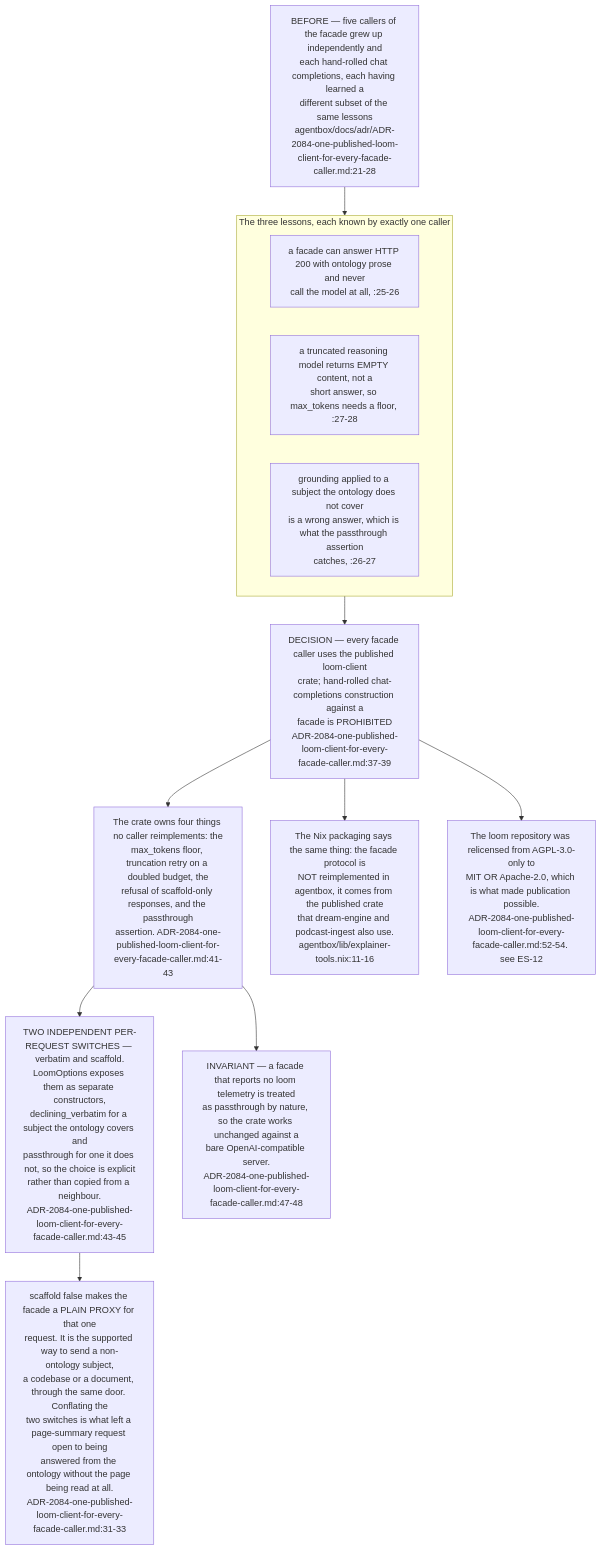
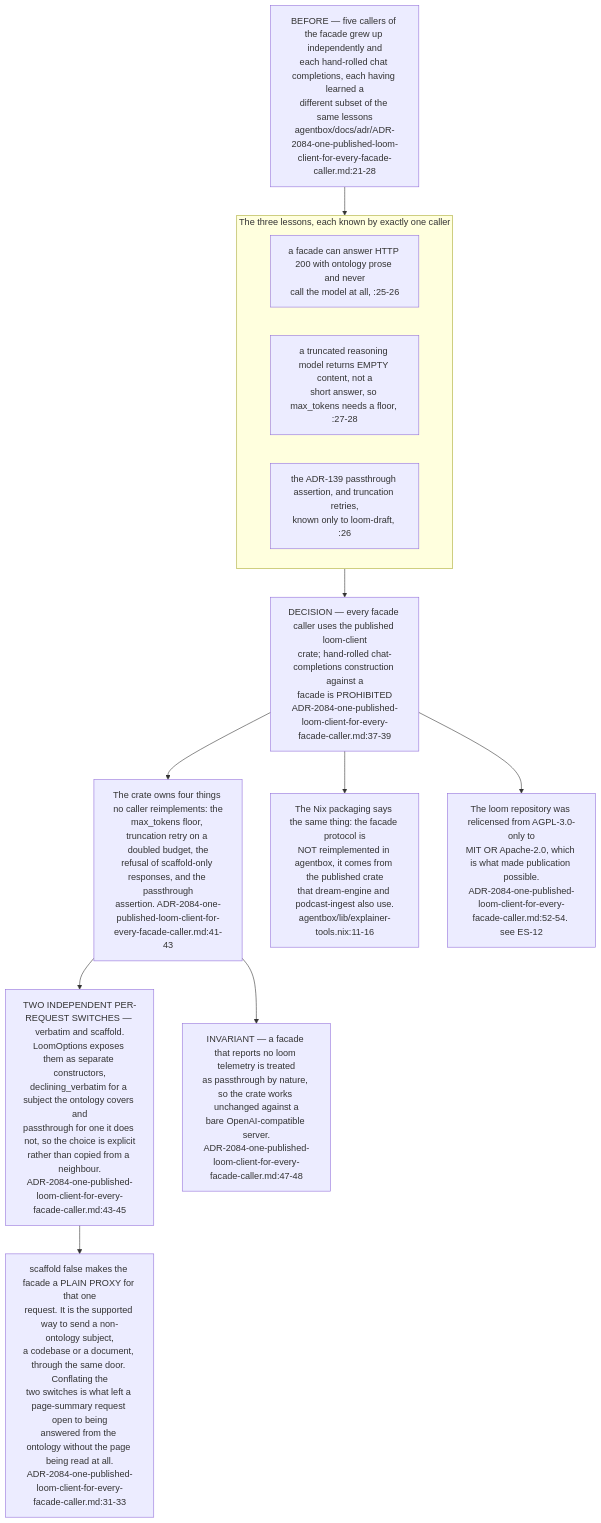
Before and after one commit to DreamLab-AI/VisionFlow: diagram 11 of 11 in docs/diagrams/estate/06-loom-and-email-privacy-path.md, drawn with Mermaid. The commit also changed other lines of this file and 91 other files, not shown here.

````diff
--- a/docs/diagrams/estate/06-loom-and-email-privacy-path.md
+++ b/docs/diagrams/estate/06-loom-and-email-privacy-path.md
@@ -388,32 +393,32 @@
 ```mermaid
 flowchart TB
     BEFORE["BEFORE — five callers of the facade grew up independently and<br/>each hand-rolled chat completions, each having learned a<br/>different subset of the same lessons<br/>agentbox/docs/adr/ADR-2084-one-published-loom-client-for-every-facade-caller.md:21-28"]
 
     subgraph LESSONS["The three lessons, each known by exactly one caller"]
         L1["a facade can answer HTTP 200 with ontology prose and never<br/>call the model at all, :25-26"]
         L2["a truncated reasoning model returns EMPTY content, not a<br/>short answer, so max_tokens needs a floor, :27-28"]
-        L3["grounding applied to a subject the ontology does not cover<br/>is a wrong answer, which is what the passthrough assertion<br/>catches, :26-27"]
+        L3["the ADR-139 passthrough assertion, and truncation retries,<br/>known only to loom-draft, :26"]
     end
     BEFORE --> LESSONS
 
     DEC["DECISION — every facade caller uses the published loom-client<br/>crate; hand-rolled chat-completions construction against a<br/>facade is PROHIBITED<br/>ADR-2084-one-published-loom-client-for-every-facade-caller.md:37-39"]
     LESSONS --> DEC
 
     OWNS["The crate owns four things no caller reimplements: the<br/>max_tokens floor, truncation retry on a doubled budget, the<br/>refusal of scaffold-only responses, and the passthrough<br/>assertion. ADR-2084-one-published-loom-client-for-every-facade-caller.md:41-43"]
     DEC --> OWNS
 
     OPT["TWO INDEPENDENT PER-REQUEST SWITCHES — verbatim and scaffold.<br/>LoomOptions exposes them as separate constructors,<br/>declining_verbatim for a subject the ontology covers and<br/>passthrough for one it does not, so the choice is explicit<br/>rather than copied from a neighbour.<br/>ADR-2084-one-published-loom-client-for-every-facade-caller.md:43-45"]
     OWNS --> OPT
 
     SCAF["scaffold false makes the facade a PLAIN PROXY for that one<br/>request. It is the supported way to send a non-ontology subject,<br/>a codebase or a document, through the same door. Conflating the<br/>two switches is what left a page-summary request open to being<br/>answered from the ontology without the page being read at all.<br/>ADR-2084-one-published-loom-client-for-every-facade-caller.md:31-33"]
     OPT --> SCAF
 
     NIX["The Nix packaging says the same thing: the facade protocol is<br/>NOT reimplemented in agentbox, it comes from the published crate<br/>that dream-engine and podcast-ingest also use.<br/>agentbox/lib/explainer-tools.nix:11-16"]
     DEC --> NIX
 
     BARE["INVARIANT — a facade that reports no loom telemetry is treated<br/>as passthrough by nature, so the crate works unchanged against a<br/>bare OpenAI-compatible server.<br/>ADR-2084-one-published-loom-client-for-every-facade-caller.md:47-48"]
     OWNS --> BARE
 
     LIC["The loom repository was relicensed from AGPL-3.0-only to<br/>MIT OR Apache-2.0, which is what made publication possible.<br/>ADR-2084-one-published-loom-client-for-every-facade-caller.md:52-54. see ES-12"]
     DEC --> LIC
 ```
````
